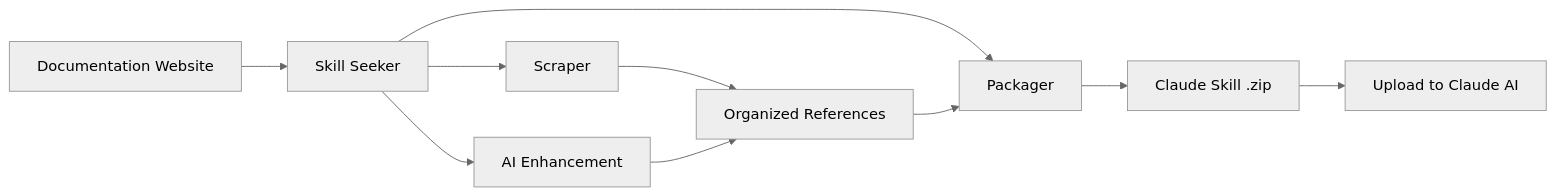
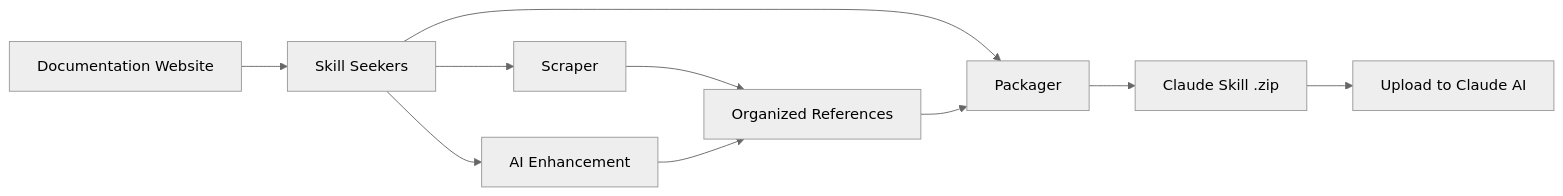
Before and after one commit to yusufkaraaslan/Skill_Seekers: the diagram in README.md, drawn with Mermaid (neutral theme). The commit also changed other lines of this file, not shown here.

````diff
--- a/README.md
+++ b/README.md
@@ -1082,12 +735,12 @@
 ```mermaid
 graph LR
-    A[Documentation Website] --> B[Skill Seeker]
+    A[Documentation Website] --> B[Skill Seekers]
     B --> C[Scraper]
     B --> D[AI Enhancement]
     B --> E[Packager]
     C --> F[Organized References]
     D --> F
     F --> E
     E --> G[Claude Skill .zip]
     G --> H[Upload to Claude AI]
 ```
````
